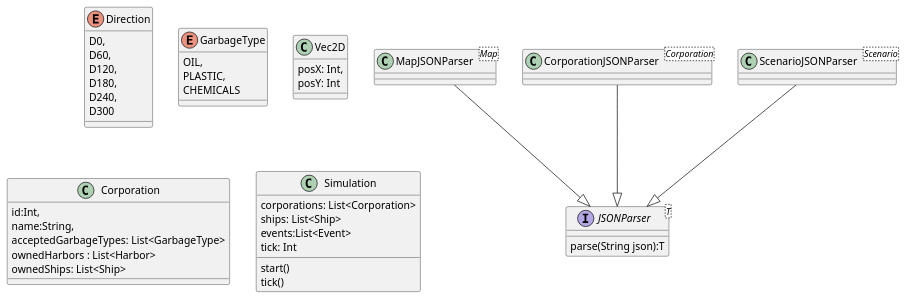
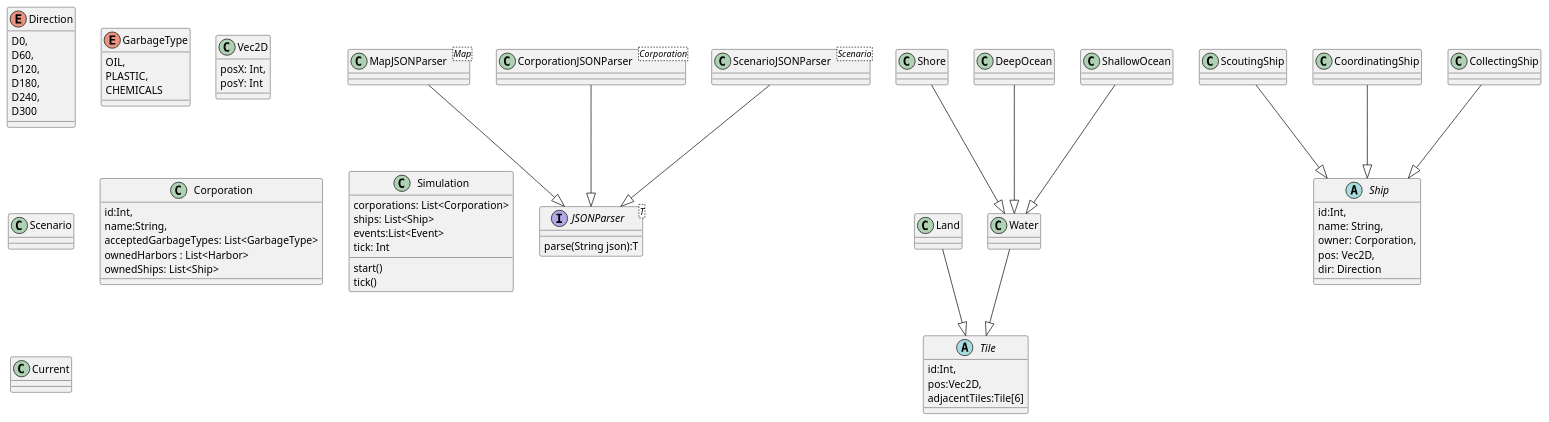
The diagram in Diagram.puml (Atharvakore/Save-The-Saardines), drawn with PlantUML before and after one commit.

Commit message:
initial plantUML diagram

```diff
--- a/Diagram.puml
+++ b/Diagram.puml
@@ -1,60 +1,105 @@
 @startuml
 'General
   enum Direction{
     D0,
     D60,
     D120,
     D180,
     D240,
     D300
   }
   enum GarbageType{
     OIL,
     PLASTIC,
     CHEMICALS
   }
    class Vec2D{
     posX: Int,
     posY: Int
   }
 
+class Scenario{
+
+}
 
   class Corporation{
     id:Int,
     name:String,
     acceptedGarbageTypes: List<GarbageType>
     ownedHarbors : List<Harbor>
     ownedShips: List<Ship>
 
   }
 
 
     class Simulation{
         corporations: List<Corporation>
         ships: List<Ship>
         events:List<Event>
         tick: Int
 
         start()
         tick()
     }
 
 
     interface JSONParser<T>{
     parse(String json):T
     }
 
     MapJSONParser --|> JSONParser
     class MapJSONParser<Map>{
 
     }
     CorporationJSONParser --|> JSONParser
     class CorporationJSONParser<Corporation>{
 
     }
         ScenarioJSONParser --|> JSONParser
         class ScenarioJSONParser<Scenario>{
 
         }
+'Tiles
+abstract class Tile{
+    id:Int,
+    pos:Vec2D,
+    adjacentTiles:Tile[6]
+}
 
+Land --|> Tile
+Water --|> Tile
+
+Shore --|> Water
+DeepOcean --|> Water
+ShallowOcean --|> Water
+
+class Current{
+}
+class Land{
+}
+class Water{}
+class Shore{}
+class ShallowOcean{}
+class DeepOcean{}
+
+
+'Ships
+abstract class Ship{
+    id:Int,
+    name: String,
+    owner: Corporation,
+    pos: Vec2D,
+    dir: Direction
+}
+
+ScoutingShip --|> Ship
+CoordinatingShip --|> Ship
+CollectingShip --|> Ship
+
+class ScoutingShip{
+}
+class CoordinatingShip{
+}
+class CollectingShip{
+}
 @enduml
```
